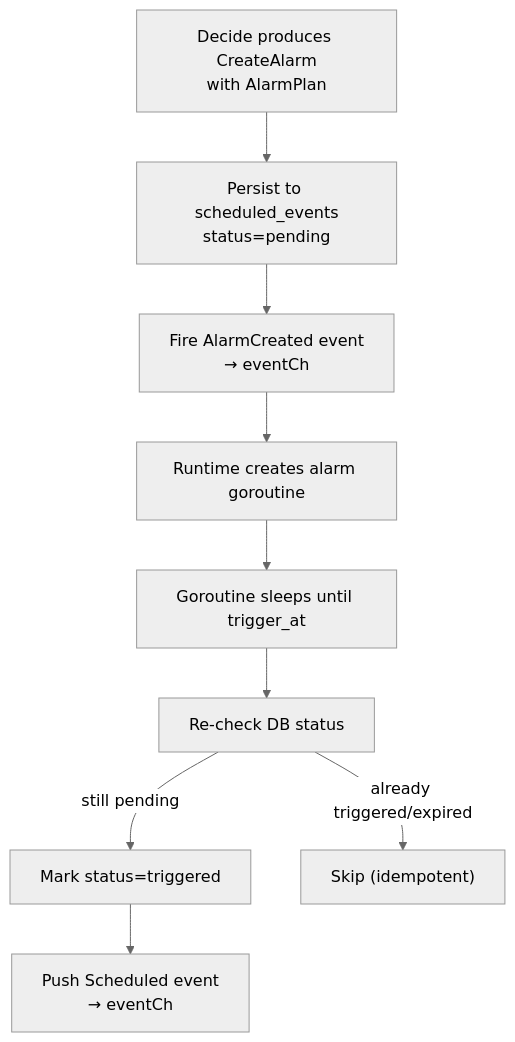
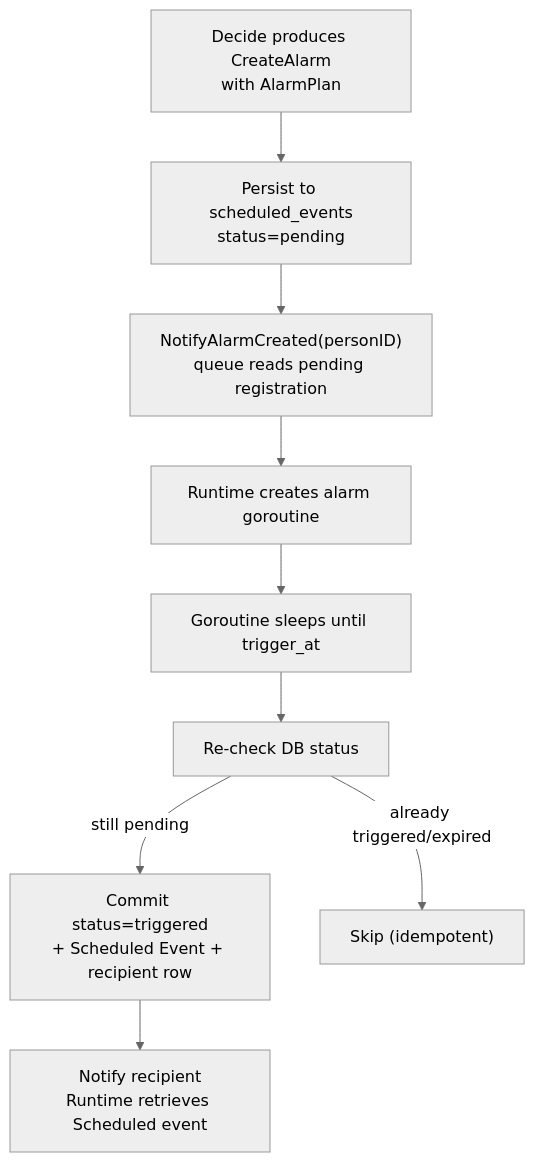
One commit to KoanJan/qingqiu-world changed the eighth of 9 diagrams in doc/engineering_implements/agent-runtime-event-loop.md. Above: the diagram before and after it, drawn with Mermaid (neutral theme). The commit also changed other lines of this file and 35 other files, not shown here.

First line of the commit message:
Persist agent event deliveries and encapsulate queue consumption (#19)

````diff
--- a/doc/engineering_implements/agent-runtime-event-loop.md
+++ b/doc/engineering_implements/agent-runtime-event-loop.md
@@ -449,11 +424,11 @@
 ```mermaid
 flowchart TD
     Decide["Decide produces CreateAlarm<br/>with AlarmPlan"] --> Persist["Persist to scheduled_events<br/>status=pending"]
-    Persist --> FireEvent["Fire AlarmCreated event<br/>→ eventCh"]
+    Persist --> FireEvent["NotifyAlarmCreated(personID)<br/>queue reads pending registration"]
     FireEvent --> Runtime["Runtime creates alarm goroutine"]
     Runtime --> Wait["Goroutine sleeps until trigger_at"]
     Wait --> Recheck["Re-check DB status"]
-    Recheck -->|still pending| MarkTriggered["Mark status=triggered"]
+    Recheck -->|still pending| MarkTriggered["Commit status=triggered<br/>+ Scheduled Event + recipient row"]
     Recheck -->|already triggered/expired| Skip["Skip (idempotent)"]
-    MarkTriggered --> PushEvent["Push Scheduled event<br/>→ eventCh"]
+    MarkTriggered --> PushEvent["Notify recipient<br/>Runtime retrieves Scheduled event"]
 ```
````
